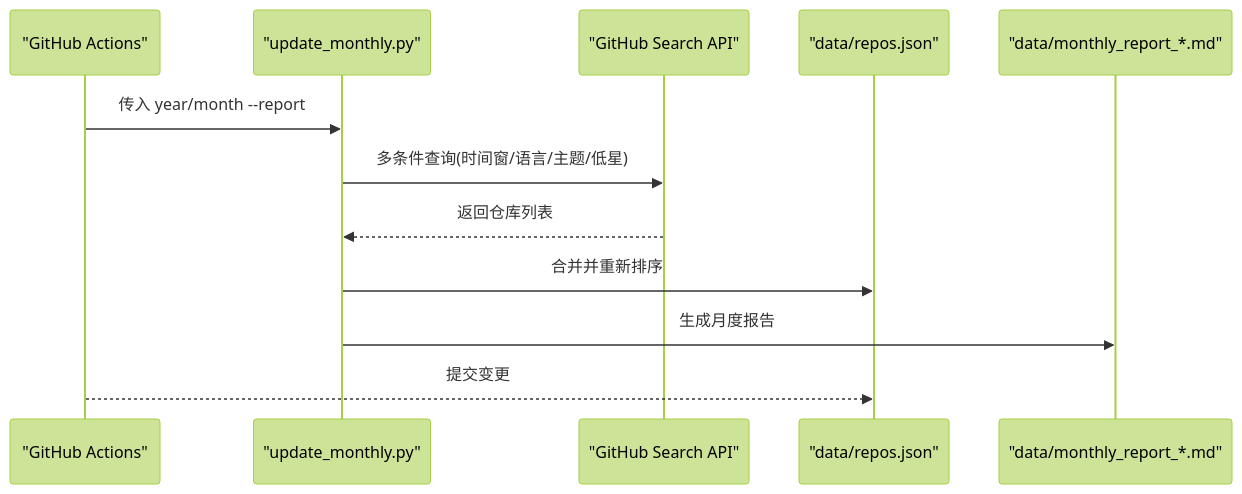
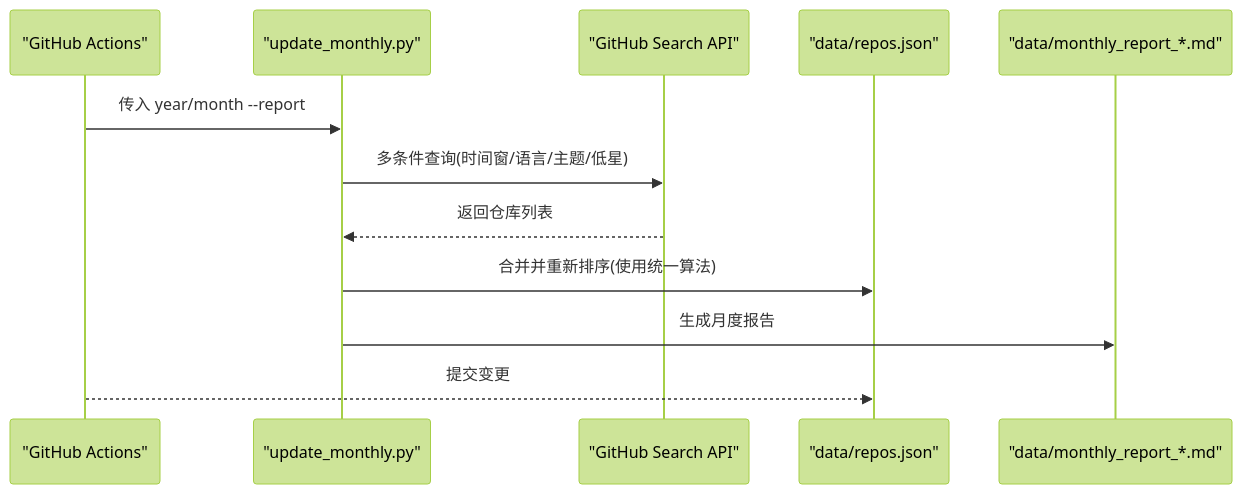
Before and after one commit to allengaller/repo-database: the tenth of 11 diagrams in .qoder/repowiki/zh/content/数据聚合系统/数据聚合系统.md, drawn with Mermaid (forest theme). The commit also changed other lines of this file and 38 other files, not shown here.

````diff
--- a/.qoder/repowiki/zh/content/数据聚合系统/数据聚合系统.md
+++ b/.qoder/repowiki/zh/content/数据聚合系统/数据聚合系统.md
@@ -321,14 +382,14 @@
 ```mermaid
 sequenceDiagram
 participant CI as "GitHub Actions"
 participant Upd as "update_monthly.py"
 participant GH as "GitHub Search API"
 participant DB as "data/repos.json"
 participant Rpt as "data/monthly_report_*.md"
 CI->>Upd : 传入 year/month --report
 Upd->>GH : 多条件查询(时间窗/语言/主题/低星)
 GH-->>Upd : 返回仓库列表
-Upd->>DB : 合并并重新排序
+Upd->>DB : 合并并重新排序(使用统一算法)
 Upd->>Rpt : 生成月度报告
 CI-->>DB : 提交变更
 ```
````
